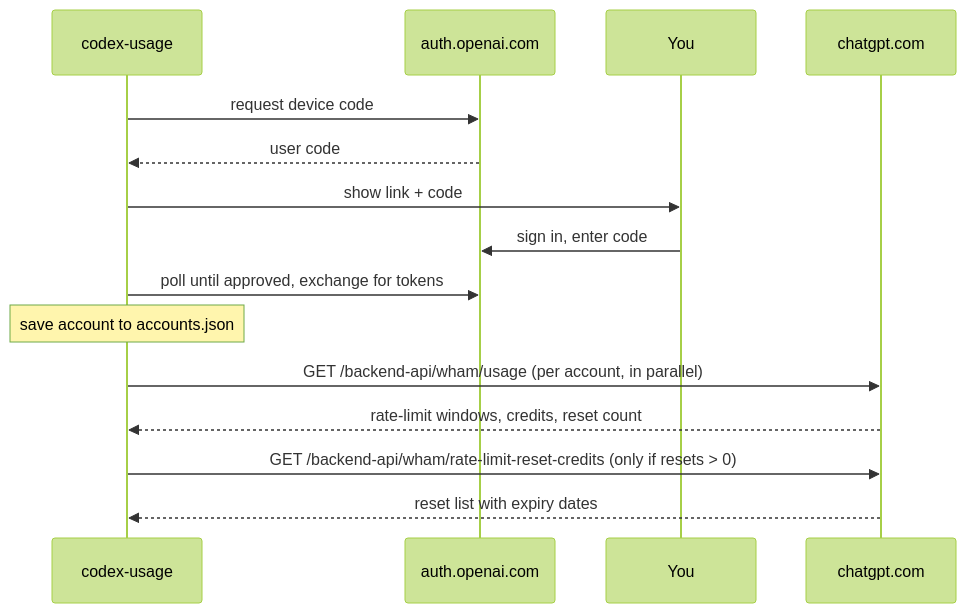
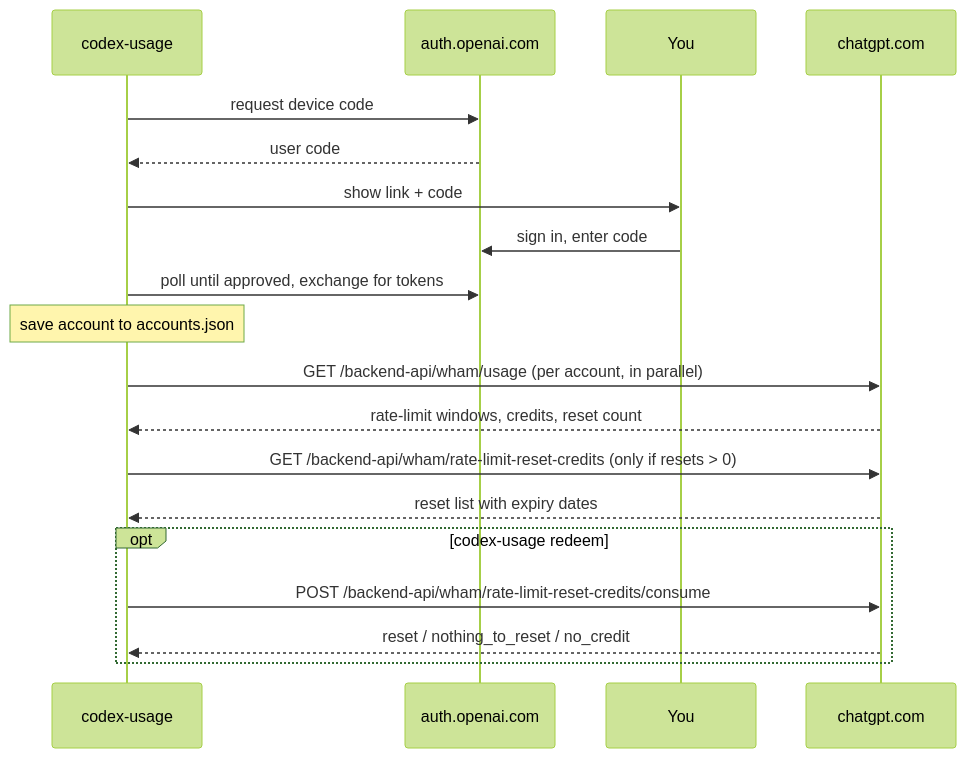
One commit to AnandChowdhary/codex-usage changed the diagram in README.md. Above: the diagram before and after it, drawn with Mermaid (forest theme). The commit also changed other lines of this file and 11 other files, not shown here.

First line of the commit message:
feat: add redeem command for usage limit resets

````diff
--- a/README.md
+++ b/README.md
@@ -172,17 +201,21 @@
 ```mermaid
 sequenceDiagram
     participant CLI as codex-usage
     participant Auth as auth.openai.com
     participant You
     participant API as chatgpt.com
     CLI->>Auth: request device code
     Auth-->>CLI: user code
     CLI->>You: show link + code
     You->>Auth: sign in, enter code
     CLI->>Auth: poll until approved, exchange for tokens
     Note over CLI: save account to accounts.json
     CLI->>API: GET /backend-api/wham/usage (per account, in parallel)
     API-->>CLI: rate-limit windows, credits, reset count
     CLI->>API: GET /backend-api/wham/rate-limit-reset-credits (only if resets > 0)
     API-->>CLI: reset list with expiry dates
+    opt codex-usage redeem
+        CLI->>API: POST /backend-api/wham/rate-limit-reset-credits/consume
+        API-->>CLI: reset / nothing_to_reset / no_credit
+    end
 ```
````
